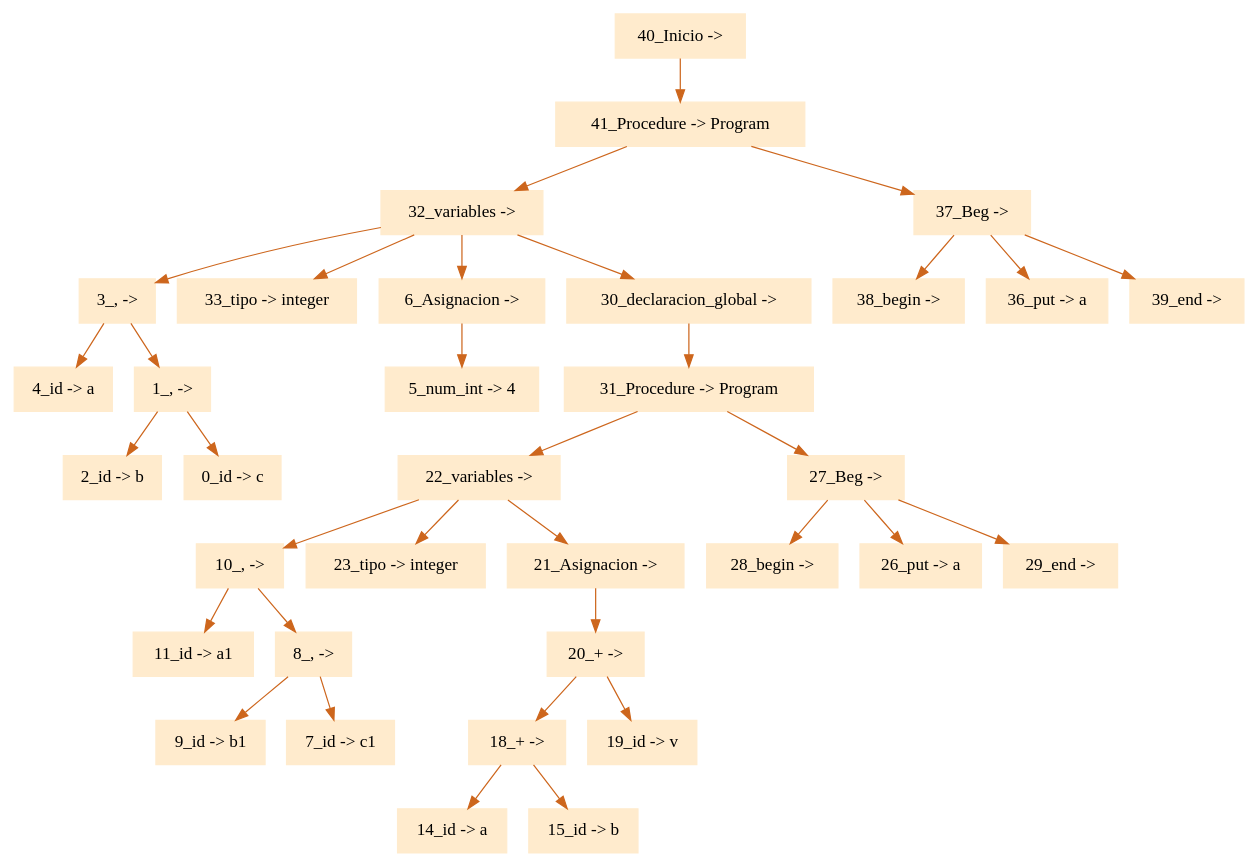
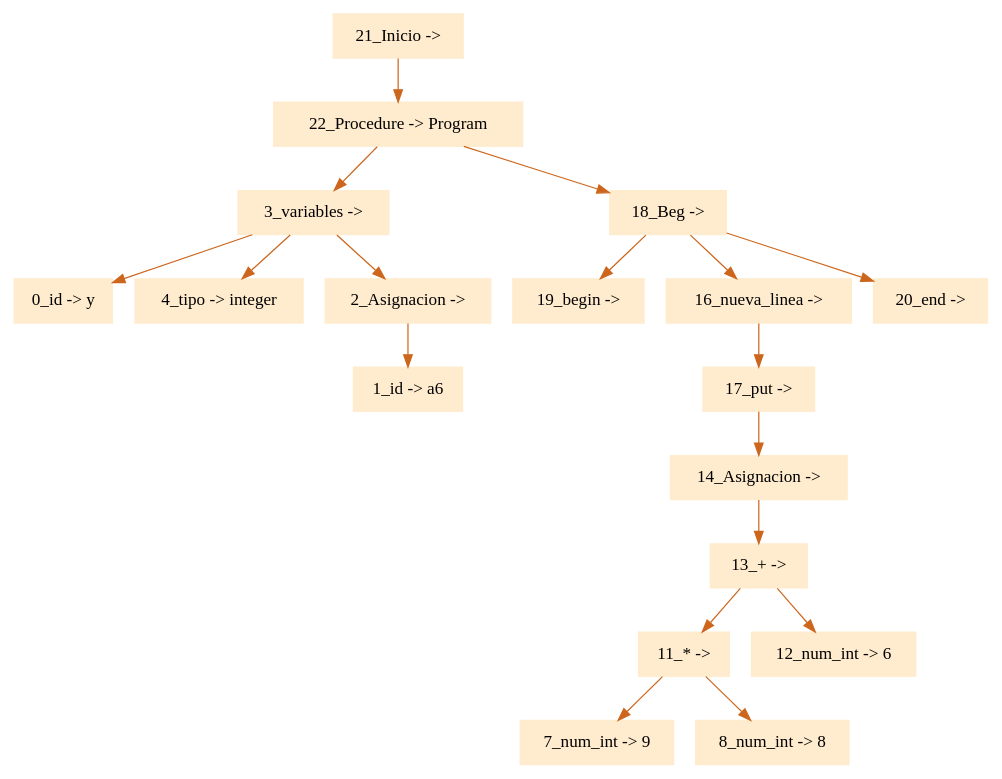
The diagram in ProyectoCompiladores/arbol.dot (eliasgz97/Proyecto_Compiladores), drawn with Graphviz before and after one commit. The commit also changed 9 other files, not shown here.

```diff
--- a/ProyectoCompiladores/arbol.dot
+++ b/ProyectoCompiladores/arbol.dot
@@ -1,38 +1,22 @@
 digraph G {node[shape=box, style=filled, color=blanchedalmond]; edge[color=chocolate3];rankdir=UD 
 
-"40_Inicio -> "->"41_Procedure -> Program"
-"41_Procedure -> Program"->"32_variables -> "
-"32_variables -> "->"3_, -> "
-"3_, -> "->"4_id -> a"
-"3_, -> "->"1_, -> "
-"1_, -> "->"2_id -> b"
-"1_, -> "->"0_id -> c"
-"32_variables -> "->"33_tipo -> integer"
-"32_variables -> "->"6_Asignacion -> "
-"6_Asignacion -> "->"5_num_int -> 4"
-"32_variables -> "->"30_declaracion_global -> "
-"30_declaracion_global -> "->"31_Procedure -> Program"
-"31_Procedure -> Program"->"22_variables -> "
-"22_variables -> "->"10_, -> "
-"10_, -> "->"11_id -> a1"
-"10_, -> "->"8_, -> "
-"8_, -> "->"9_id -> b1"
-"8_, -> "->"7_id -> c1"
-"22_variables -> "->"23_tipo -> integer"
-"22_variables -> "->"21_Asignacion -> "
-"21_Asignacion -> "->"20_+ -> "
-"20_+ -> "->"18_+ -> "
-"18_+ -> "->"14_id -> a"
-"18_+ -> "->"15_id -> b"
-"20_+ -> "->"19_id -> v"
-"31_Procedure -> Program"->"27_Beg -> "
-"27_Beg -> "->"28_begin -> "
-"27_Beg -> "->"26_put -> a"
-"27_Beg -> "->"29_end -> "
-"41_Procedure -> Program"->"37_Beg -> "
-"37_Beg -> "->"38_begin -> "
-"37_Beg -> "->"36_put -> a"
-"37_Beg -> "->"39_end -> "
+"21_Inicio -> "->"22_Procedure -> Program"
+"22_Procedure -> Program"->"3_variables -> "
+"3_variables -> "->"0_id -> y"
+"3_variables -> "->"4_tipo -> integer"
+"3_variables -> "->"2_Asignacion -> "
+"2_Asignacion -> "->"1_id -> a6"
+"22_Procedure -> Program"->"18_Beg -> "
+"18_Beg -> "->"19_begin -> "
+"18_Beg -> "->"16_nueva_linea -> "
+"16_nueva_linea -> "->"17_put -> "
+"17_put -> "->"14_Asignacion -> "
+"14_Asignacion -> "->"13_+ -> "
+"13_+ -> "->"11_* -> "
+"11_* -> "->"7_num_int -> 9"
+"11_* -> "->"8_num_int -> 8"
+"13_+ -> "->"12_num_int -> 6"
+"18_Beg -> "->"20_end -> "
 
 
 }
```
